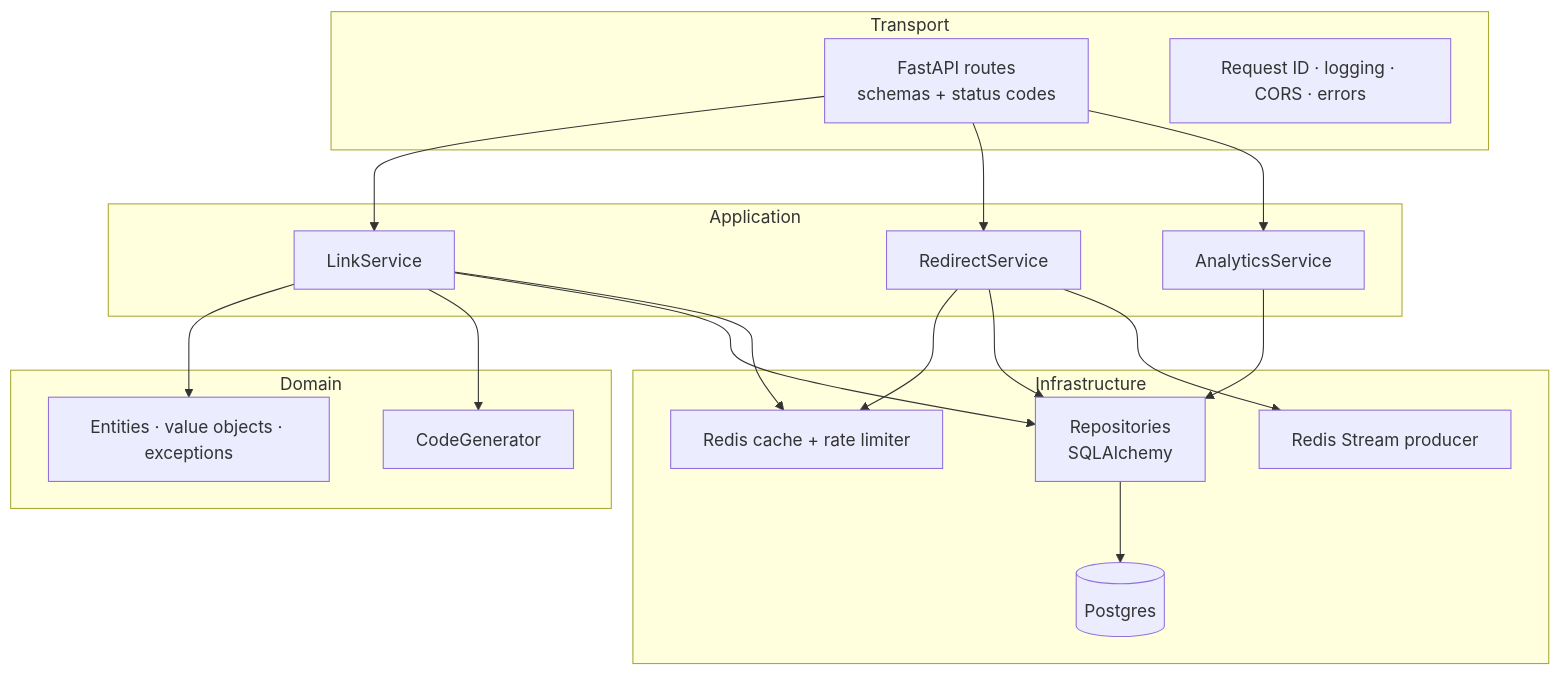
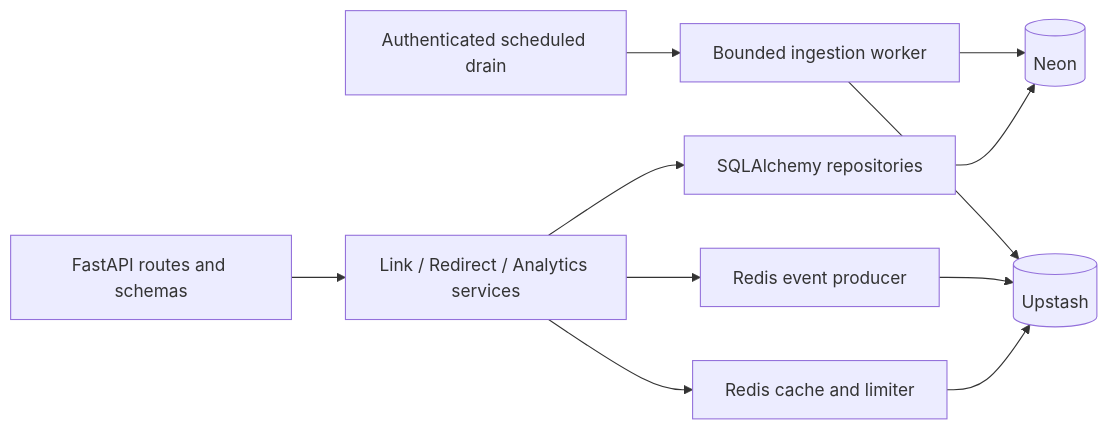
The first of 2 diagrams in docs/backend/architecture.md (sarankumar1325/url-shortner), drawn with Mermaid before and after one commit. The commit also changed other lines of this file and 20 other files, not shown here.

````diff
--- a/docs/backend/architecture.md
+++ b/docs/backend/architecture.md
@@ -24,35 +9,13 @@
 ```mermaid
-flowchart TB
-    subgraph Transport
-        routes[FastAPI routes<br/>schemas + status codes]
-        middleware[Request ID · logging · CORS · errors]
-    end
-    subgraph Application
-        linkSvc[LinkService]
-        redirectSvc[RedirectService]
-        analyticsSvc[AnalyticsService]
-    end
-    subgraph Domain
-        entities[Entities · value objects · exceptions]
-        codegen[CodeGenerator]
-    end
-    subgraph Infrastructure
-        repos[Repositories<br/>SQLAlchemy]
-        cache[Redis cache + rate limiter]
-        stream[Redis Stream producer]
-        db[(Postgres)]
-    end
-
-    routes --> linkSvc
-    routes --> redirectSvc
-    routes --> analyticsSvc
-    linkSvc --> entities
-    linkSvc --> codegen
-    linkSvc --> repos
-    linkSvc --> cache
-    redirectSvc --> cache
-    redirectSvc --> repos
-    redirectSvc --> stream
-    analyticsSvc --> repos
-    repos --> db
+flowchart LR
+    HTTP[FastAPI routes and schemas] --> Services[Link / Redirect / Analytics services]
+    Services --> SQL[SQLAlchemy repositories]
+    Services --> Cache[Redis cache and limiter]
+    Services --> Stream[Redis event producer]
+    SQL --> PG[(Neon)]
+    Cache --> Redis[(Upstash)]
+    Stream --> Redis
+    Job[Authenticated scheduled drain] --> Worker[Bounded ingestion worker]
+    Worker --> Redis
+    Worker --> PG
 ```
````
